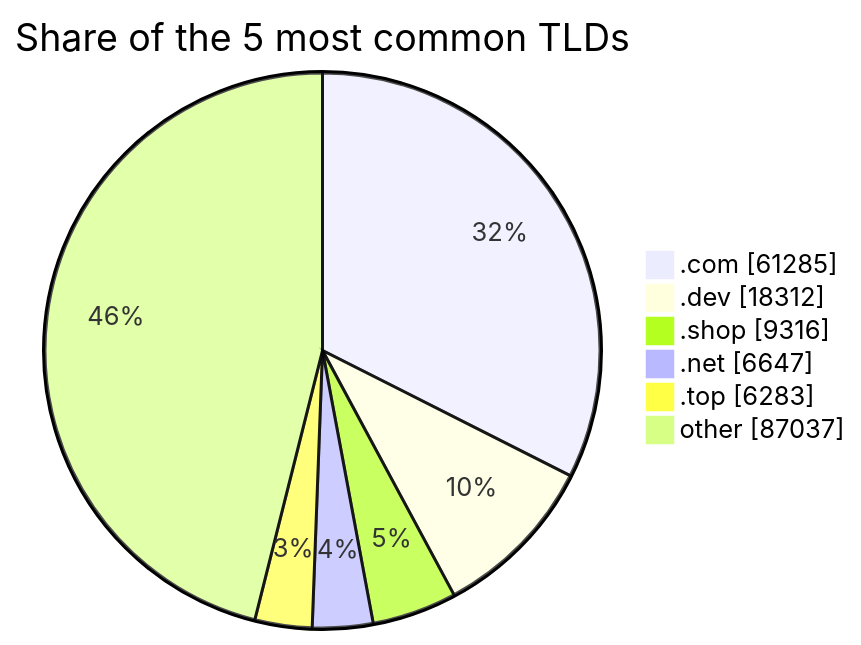
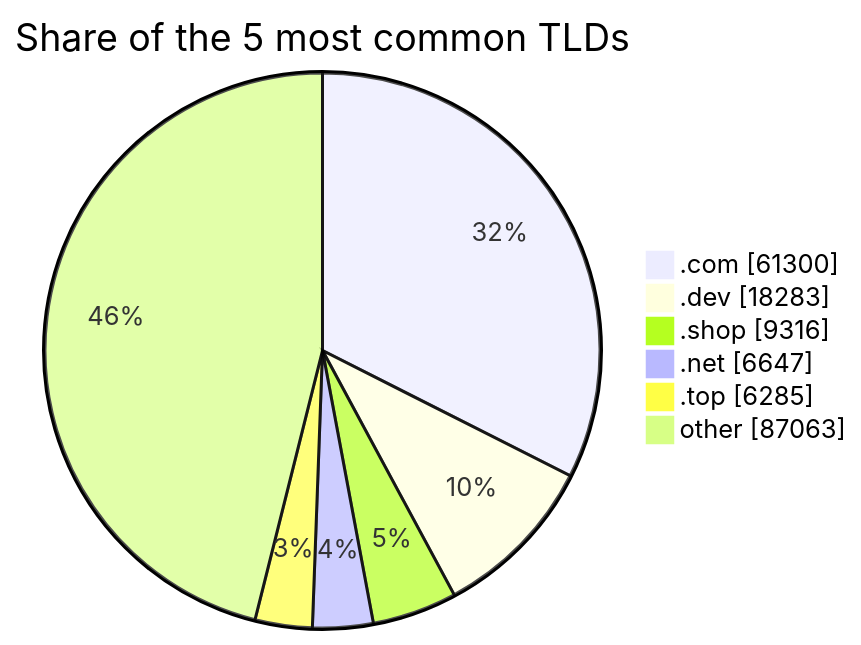
Before and after one commit to DNSBunker/CTI: the third of 3 diagrams in README.md, drawn with Mermaid. The commit also changed other lines of this file and 3 other files, not shown here.

````diff
--- a/README.md
+++ b/README.md
@@ -81,9 +81,9 @@
 ```mermaid
 pie showData title Share of the 5 most common TLDs
-    ".com" : 61285
-    ".dev" : 18312
+    ".com" : 61300
+    ".dev" : 18283
     ".shop" : 9316
     ".net" : 6647
-    ".top" : 6283
-    "other" : 87037
+    ".top" : 6285
+    "other" : 87063
 ```
````
